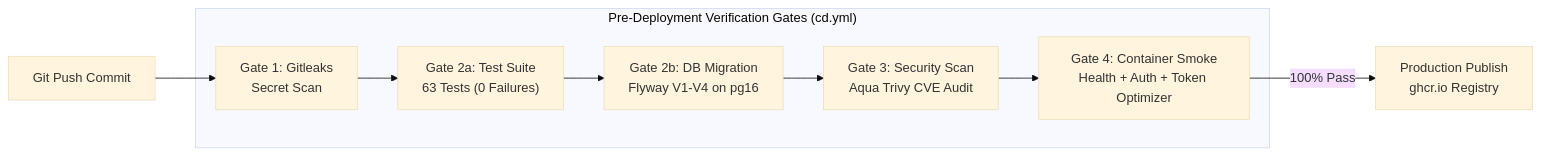
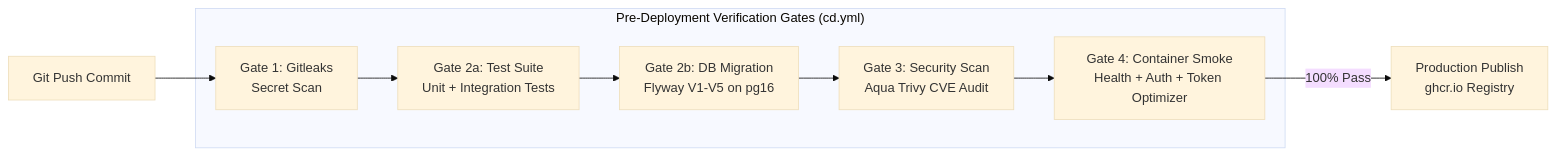
Before and after one commit to livejpsingh/ai-session-vault: the seventh of 7 diagrams in docs/ARCHITECTURE.md, drawn with Mermaid (base theme). The commit also changed other lines of this file and 6 other files, not shown here.

Commit message:
docs: update all architecture, inception, roadmap, and operational guides to v3.0 enterprise standard

````diff
--- a/docs/ARCHITECTURE.md
+++ b/docs/ARCHITECTURE.md
@@ -592,14 +645,14 @@
 ```mermaid
 flowchart LR
     Commit["Git Push Commit"] --> Gate1
     
     subgraph Pipeline["Pre-Deployment Verification Gates (cd.yml)"]
         Gate1["Gate 1: Gitleaks<br/>Secret Scan"] --> Gate2a
-        Gate2a["Gate 2a: Test Suite<br/>63 Tests (0 Failures)"] --> Gate2b
-        Gate2b["Gate 2b: DB Migration<br/>Flyway V1-V4 on pg16"] --> Gate3
+        Gate2a["Gate 2a: Test Suite<br/>Unit + Integration Tests"] --> Gate2b
+        Gate2b["Gate 2b: DB Migration<br/>Flyway V1-V5 on pg16"] --> Gate3
         Gate3["Gate 3: Security Scan<br/>Aqua Trivy CVE Audit"] --> Gate4
         Gate4["Gate 4: Container Smoke<br/>Health + Auth + Token Optimizer"]
     end
 
     Gate4 -->|100% Pass| Deploy["Production Publish<br/>ghcr.io Registry"]
 ```
````
